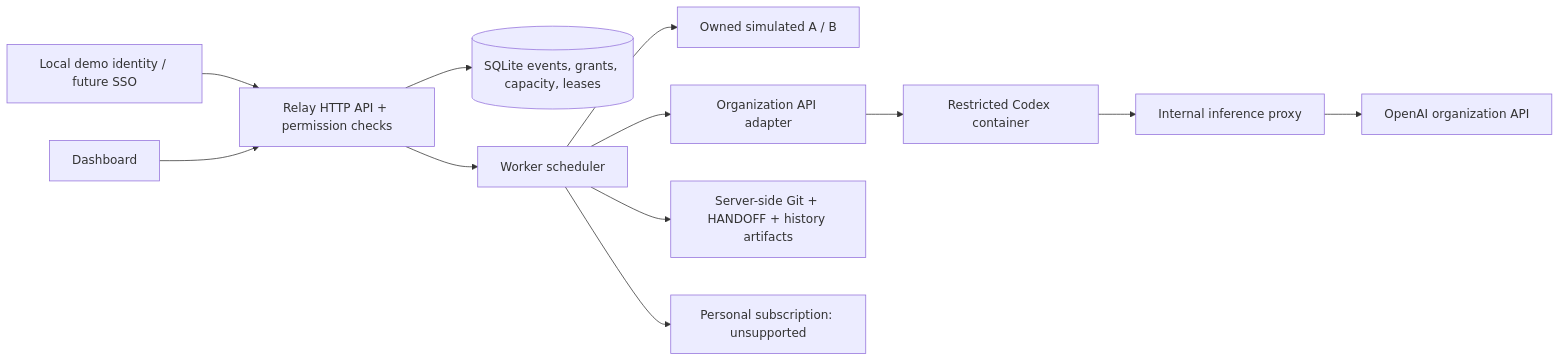
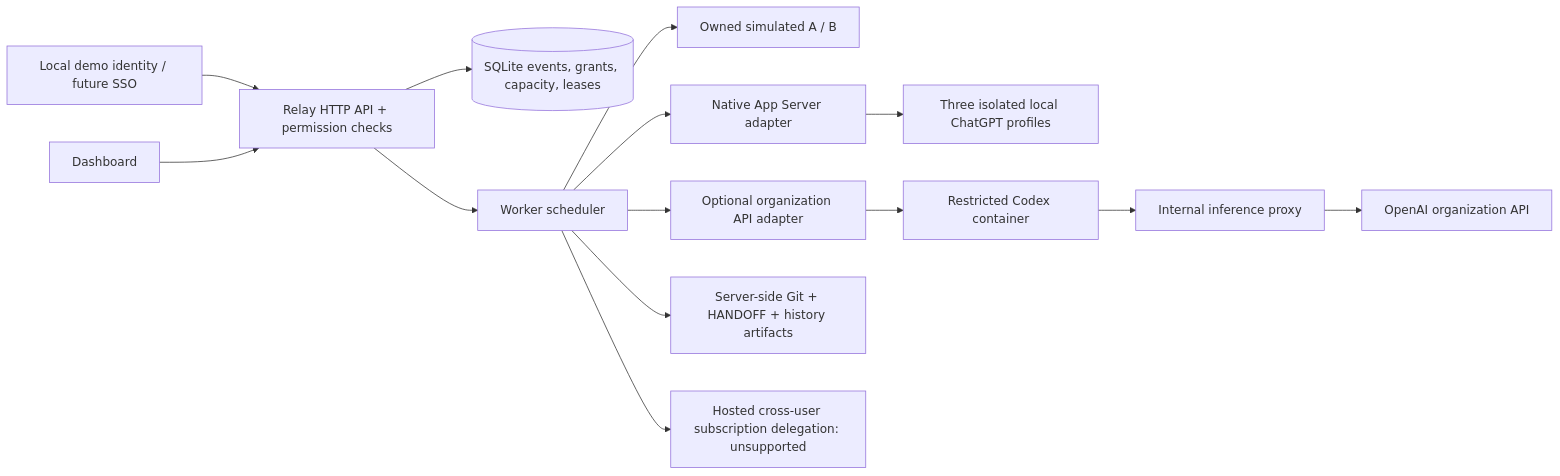
The diagram in README.md (DantHult/Agent_pool), drawn with Mermaid before and after one commit. The commit also changed other lines of this file and 34 other files, not shown here.

````diff
--- a/README.md
+++ b/README.md
@@ -59,14 +63,16 @@
 ```mermaid
 flowchart LR
     U[Local demo identity / future SSO] --> API[Relay HTTP API + permission checks]
     UI[Dashboard] --> API
     API --> DB[(SQLite events, grants, capacity, leases)]
     API --> S[Worker scheduler]
     S --> SIM[Owned simulated A / B]
-    S --> LIVE[Organization API adapter]
+    S --> NATIVE[Native App Server adapter]
+    NATIVE --> PROFILES[Three isolated local ChatGPT profiles]
+    S --> LIVE[Optional organization API adapter]
     LIVE --> BOX[Restricted Codex container]
     BOX --> PROXY[Internal inference proxy]
     PROXY --> OA[OpenAI organization API]
     S --> GIT[Server-side Git + HANDOFF + history artifacts]
-    S --> OFF[Personal subscription: unsupported]
+    S --> OFF[Hosted cross-user subscription delegation: unsupported]
 ```
````
